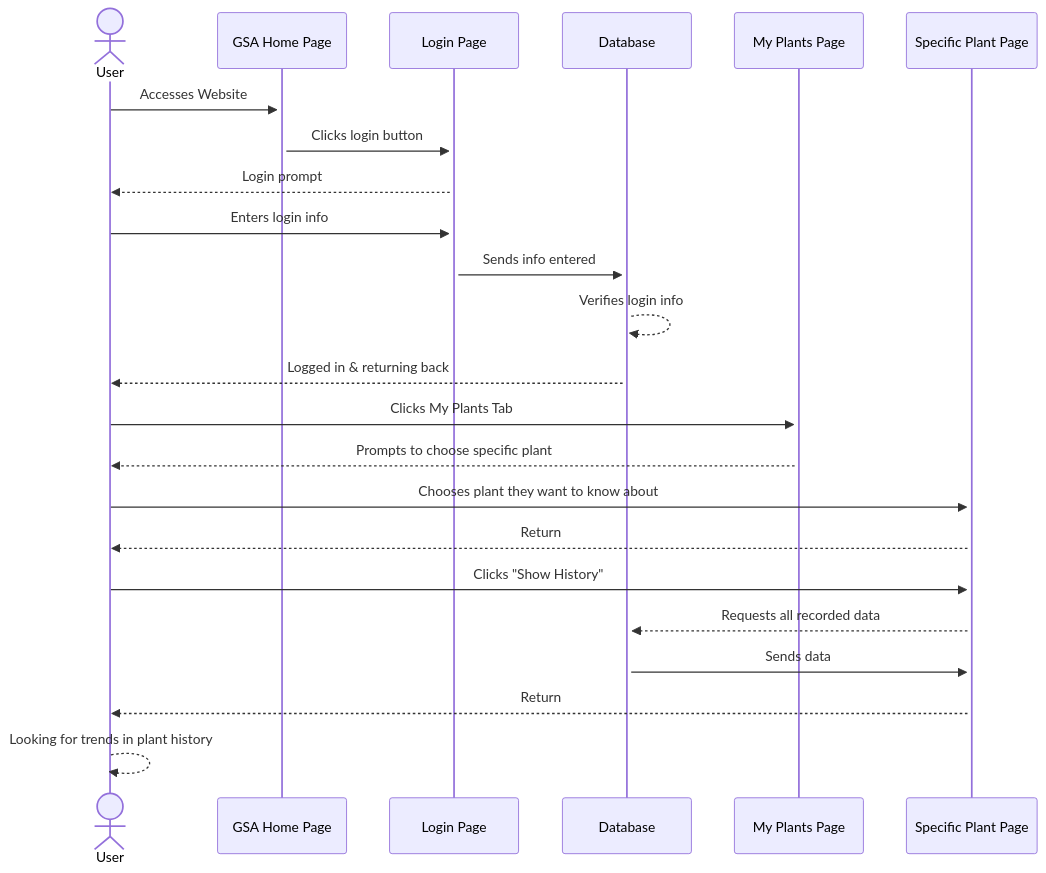
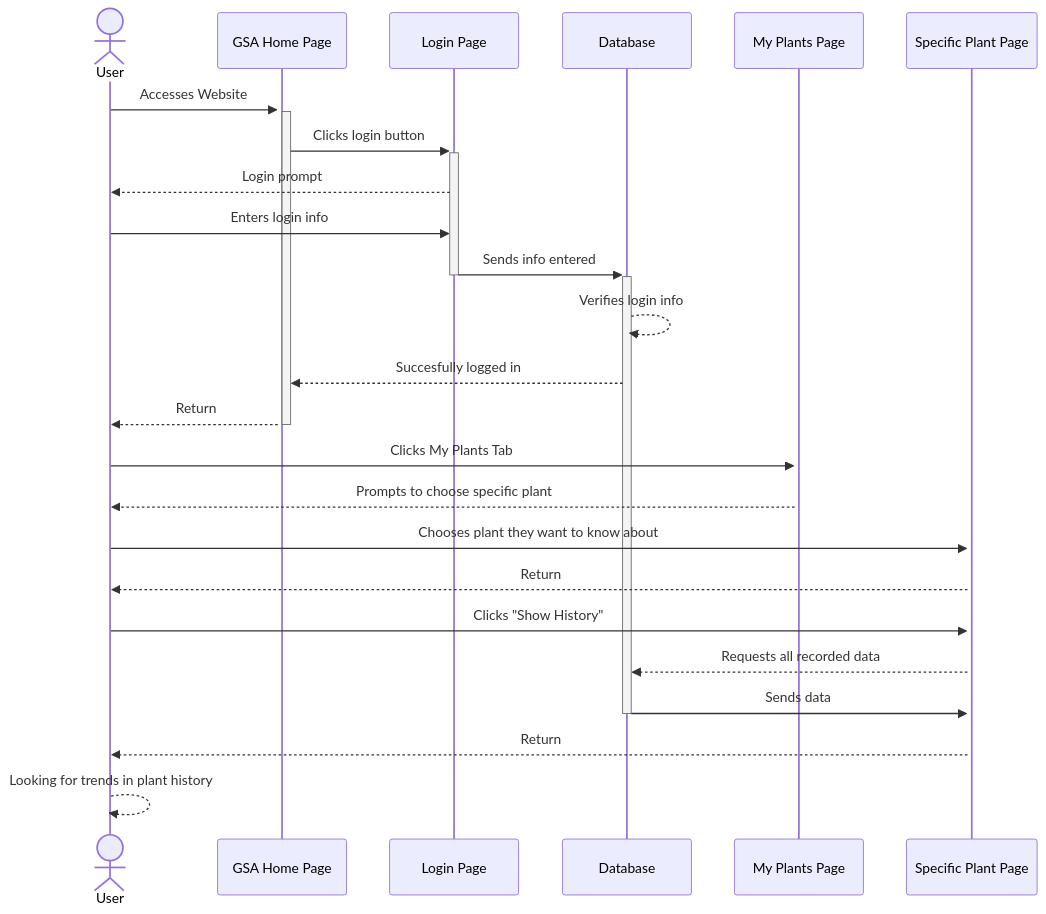
One commit to Capstone-Projects-2023-Fall/project-garden-sensor-array changed the second of 5 diagrams in documentation/docs/system-architecture/sequence_diagrams.md. Above: the diagram before and after it, drawn with Mermaid.

Commit message:
adding activation bars

````diff
--- a/documentation/docs/system-architecture/sequence_diagrams.md
+++ b/documentation/docs/system-architecture/sequence_diagrams.md
@@ -28,27 +28,32 @@
 ```mermaid
 sequenceDiagram
     Actor User
     participant GSA Home Page
     participant Login Page
     participant Database 
     participant My Plants Page 
     participant Specific Plant Page
 
     User->>+GSA Home Page: Accesses Website 
+    activate GSA Home Page
     GSA Home Page->>+Login Page: Clicks login button
     Login Page-->>User: Login prompt
     User->>Login Page: Enters login info 
     Login Page->>+Database: Sends info entered 
+    deactivate Login Page 
     Database-->>Database: Verifies login info
-    Database-->>User: Logged in & returning back
+    Database-->>GSA Home Page: Succesfully logged in
+    GSA Home Page-->>User: Return
+    deactivate GSA Home Page
     User->>+My Plants Page: Clicks My Plants Tab
     My Plants Page-->>User: Prompts to choose specific plant
     User->>+Specific Plant Page: Chooses plant they want to know about
     Specific Plant Page-->>User: Return
     User->>Specific Plant Page: Clicks "Show History"
     Specific Plant Page-->>Database: Requests all recorded data 
     Database->>Specific Plant Page: Sends data
+    deactivate Database 
     Specific Plant Page-->>User: Return
     User-->>User: Looking for trends in plant history
 
 ```
````
